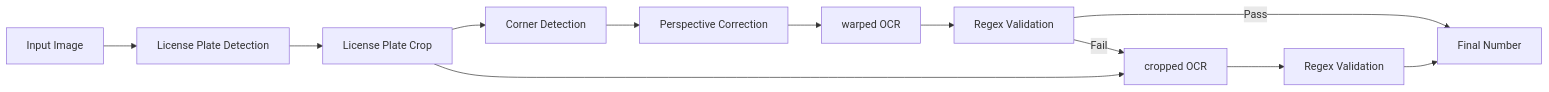
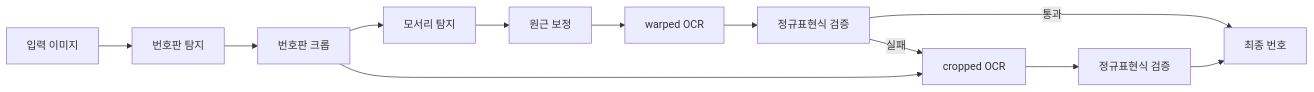
One commit to mandacode-labs/mandacode-devs changed the first of 2 diagrams in src/content/blog/en/korean-license-plate-deep-dive.md. Above: the diagram before and after it, drawn with Mermaid. The commit also changed other lines of this file and 11 other files, not shown here.

````diff
--- a/src/content/blog/en/korean-license-plate-deep-dive.md
+++ b/src/content/blog/en/korean-license-plate-deep-dive.md
@@ -37,14 +37,14 @@
 ```mermaid
 graph LR
-    Input[Input Image] --> Plate[License Plate Detection]
-    Plate --> Crop[License Plate Crop]
-    Crop --> Vertex[Corner Detection]
-    Vertex --> Warp[Perspective Correction]
+    Input[입력 이미지] --> Plate[번호판 탐지]
+    Plate --> Crop[번호판 크롭]
+    Crop --> Vertex[모서리 탐지]
+    Vertex --> Warp[원근 보정]
     Warp --> OCR1[warped OCR]
-    OCR1 --> Validate1[Regex Validation]
-    Validate1 -->|Pass| Output[Final Number]
-    Validate1 -->|Fail| OCR2[cropped OCR]
+    OCR1 --> Validate1[정규표현식 검증]
+    Validate1 -->|통과| Output[최종 번호]
+    Validate1 -->|실패| OCR2[cropped OCR]
     Crop --> OCR2
-    OCR2 --> Validate2[Regex Validation]
+    OCR2 --> Validate2[정규표현식 검증]
     Validate2 --> Output
 ```
````
